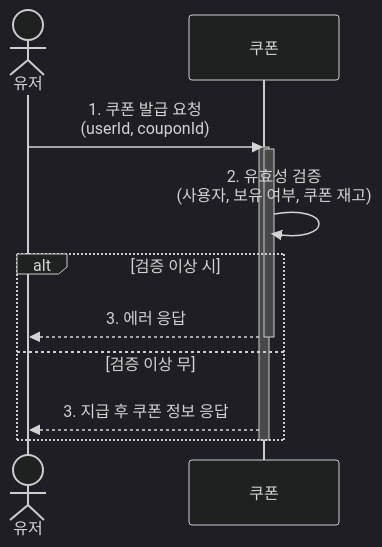
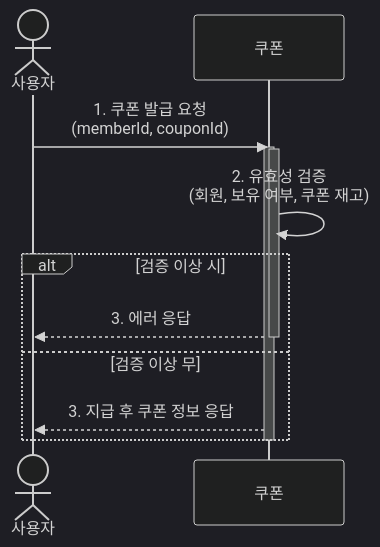
Before and after one commit to psyoongsc/hhplus-ts-server: the tenth of 15 diagrams in docs/sequence_diagram.md, drawn with Mermaid (dark theme). The commit also changed other lines of this file, not shown here.

````diff
--- a/docs/sequence_diagram.md
+++ b/docs/sequence_diagram.md
@@ -191,21 +191,21 @@
         ```mermaid
         sequenceDiagram
-        	actor User as 유저
+        	actor User as 사용자
         	participant Coupon as 쿠폰
         
-            User->>Coupon: 1. 쿠폰 발급 요청<br/>(userId, couponId)
+            User->>Coupon: 1. 쿠폰 발급 요청<br/>(memberId, couponId)
             Activate Coupon
         
             Activate Coupon
-            Coupon->>Coupon: 2. 유효성 검증<br/>(사용자, 보유 여부, 쿠폰 재고)
+            Coupon->>Coupon: 2. 유효성 검증<br/>(회원, 보유 여부, 쿠폰 재고)
         
             alt 검증 이상 시
                 Coupon-->>User: 3. 에러 응답
             Deactivate Coupon
             else 검증 이상 무
                 Coupon-->>User: 3. 지급 후 쿠폰 정보 응답
             End
             
         
             Deactivate Coupon
         ```
````
